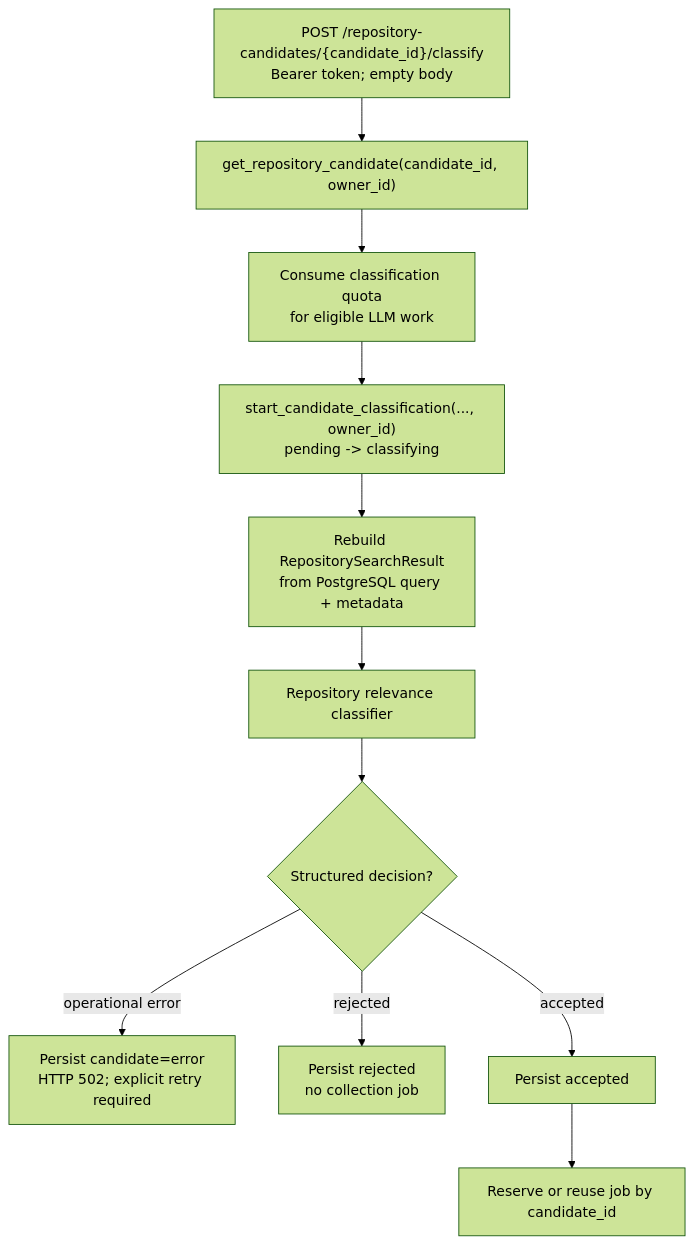
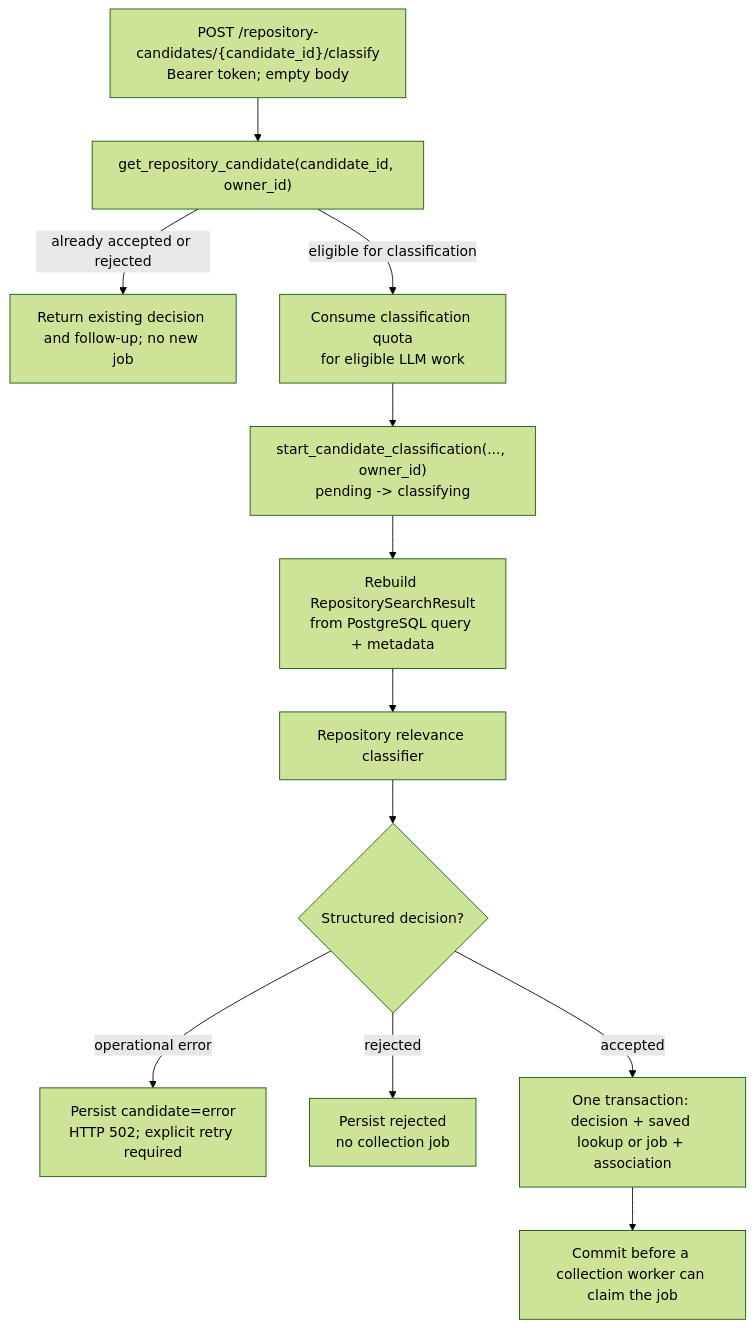
The second of 3 diagrams in docs/collector-pipeline-diagram.md (nicolasberlin/global-health-dataset-catalog), drawn with Mermaid (forest theme) before and after one commit. The commit also changed other lines of this file and 18 other files, not shown here.

Commit message:
Persist collection dispatch and make accepted classification reads idempotent

````diff
--- a/docs/collector-pipeline-diagram.md
+++ b/docs/collector-pipeline-diagram.md
@@ -35,14 +35,15 @@
 ```mermaid
 flowchart TD
     UI["POST /repository-candidates/{candidate_id}/classify<br/>Bearer token; empty body"]
     UI --> Load["get_repository_candidate(candidate_id, owner_id)"]
-    Load --> Quota["Consume classification quota<br/>for eligible LLM work"]
+    Load -->|already accepted or rejected| Existing["Return existing decision and follow-up; no new job"]
+    Load -->|eligible for classification| Quota["Consume classification quota<br/>for eligible LLM work"]
     Quota --> Reserve["start_candidate_classification(..., owner_id)<br/>pending -> classifying"]
     Reserve --> Trusted["Rebuild RepositorySearchResult<br/>from PostgreSQL query + metadata"]
     Trusted --> LLM["Repository relevance classifier"]
     LLM --> Outcome{"Structured decision?"}
     Outcome -->|operational error| Error["Persist candidate=error<br/>HTTP 502; explicit retry required"]
     Outcome -->|rejected| Rejected["Persist rejected<br/>no collection job"]
-    Outcome -->|accepted| Accepted["Persist accepted"]
-    Accepted --> Job["Reserve or reuse job by candidate_id"]
+    Outcome -->|accepted| Accepted["One transaction: decision + saved lookup or job + association"]
+    Accepted --> Job["Commit before a collection worker can claim the job"]
 ```
````
